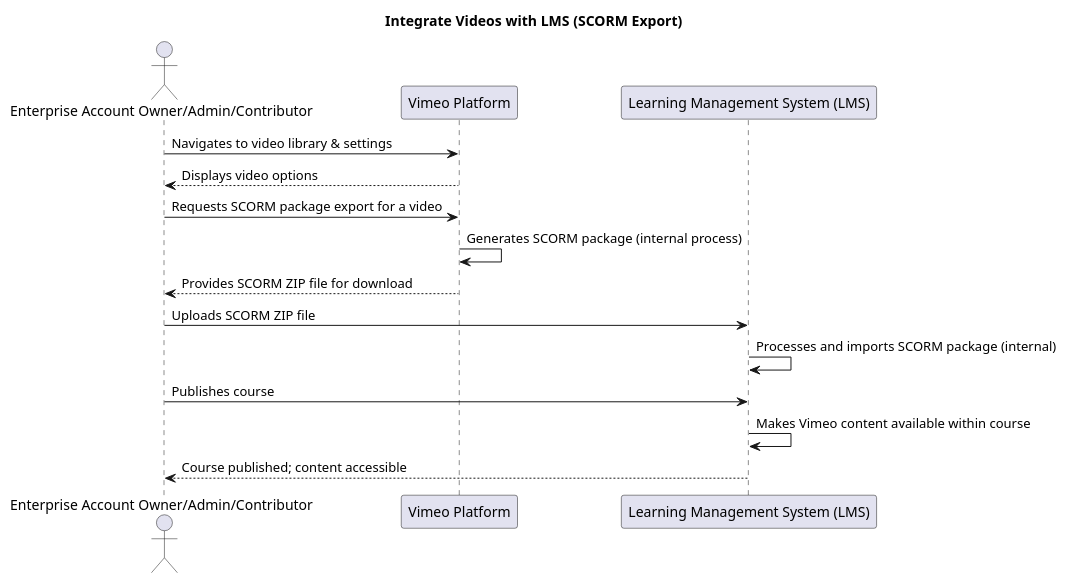
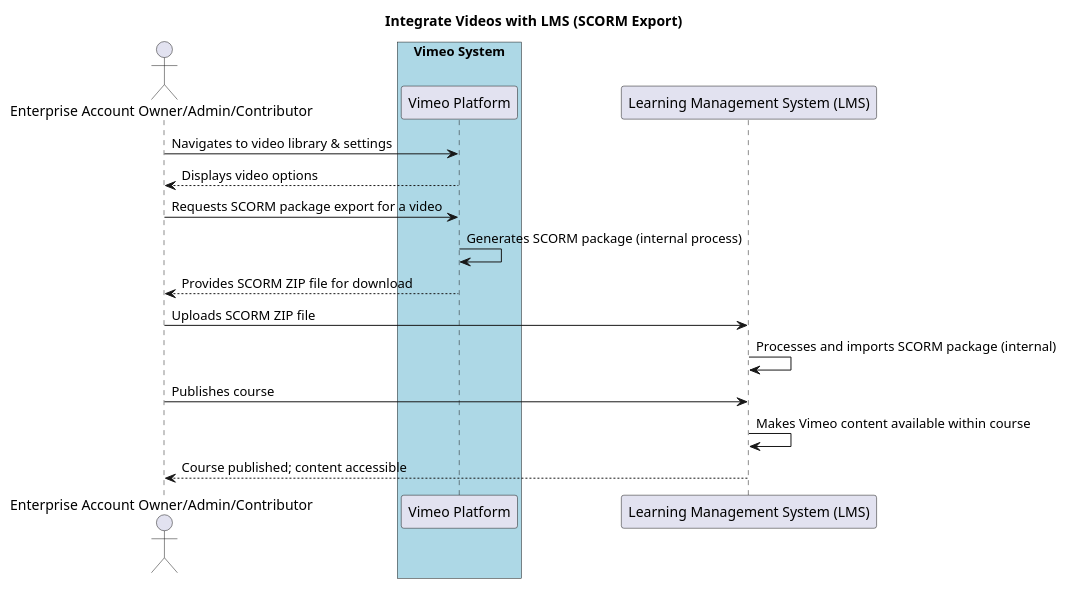
Before and after one commit to josev2046/Vimeo-Integrations-for-LMS-SCORM-xAPI-: the second of 4 diagrams in README.md, drawn with PlantUML. The commit also changed other lines of this file, not shown here.

```diff
--- a/README.md
+++ b/README.md
@@ -73,18 +74,23 @@
 @startuml
 title Integrate Videos with LMS (SCORM Export)
 
 actor "Enterprise Account Owner/Admin/Contributor" as User
-participant "Vimeo Platform" as Vimeo
+box "Vimeo System" #LightBlue
+    participant "Vimeo Platform" as Vimeo
+end box
 participant "Learning Management System (LMS)" as LMS
 
 User -> Vimeo : Navigates to video library & settings
 Vimeo --> User : Displays video options
+
 User -> Vimeo : Requests SCORM package export for a video
 Vimeo -> Vimeo : Generates SCORM package (internal process)
 Vimeo --> User : Provides SCORM ZIP file for download
+
 User -> LMS : Uploads SCORM ZIP file
 LMS -> LMS : Processes and imports SCORM package (internal)
+
 User -> LMS : Publishes course
 LMS -> LMS : Makes Vimeo content available within course
 LMS --> User : Course published; content accessible
 @enduml
```
